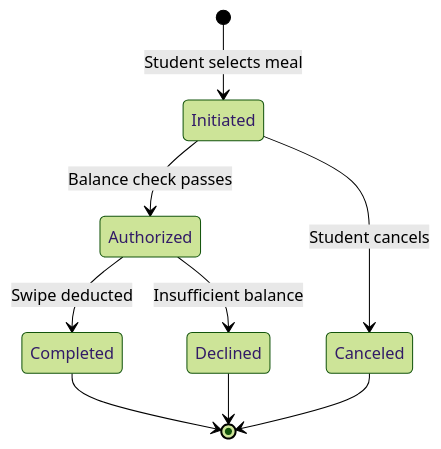
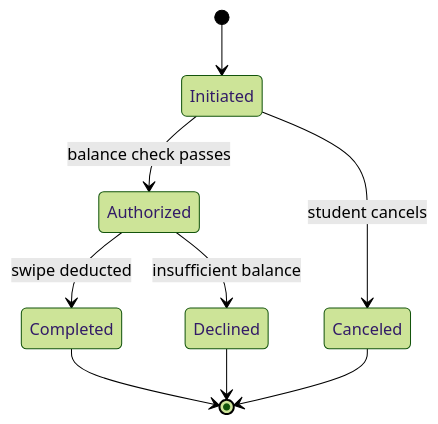
The fifth of 8 diagrams in state-transition-diagrams.md (Amanda2026-crypto/smart-campus-connect), drawn with Mermaid (forest theme) before and after one commit. The commit also changed other lines of this file, not shown here.

````diff
--- a/state-transition-diagrams.md
+++ b/state-transition-diagrams.md
@@ -105,13 +236,11 @@
 ```mermaid
-
 stateDiagram-v2
-    [*] --> Initiated: Student selects meal
-    Initiated --> Authorized: Balance check passes
-    Authorized --> Completed: Swipe deducted
-    Authorized --> Declined: Insufficient balance
-    Initiated --> Canceled: Student cancels
+    [*] --> Initiated
+    Initiated --> Authorized : balance check passes
+    Initiated --> Canceled : student cancels
+    Authorized --> Completed : swipe deducted
+    Authorized --> Declined : insufficient balance
     Completed --> [*]
     Declined --> [*]
     Canceled --> [*]
-
 ```
````
